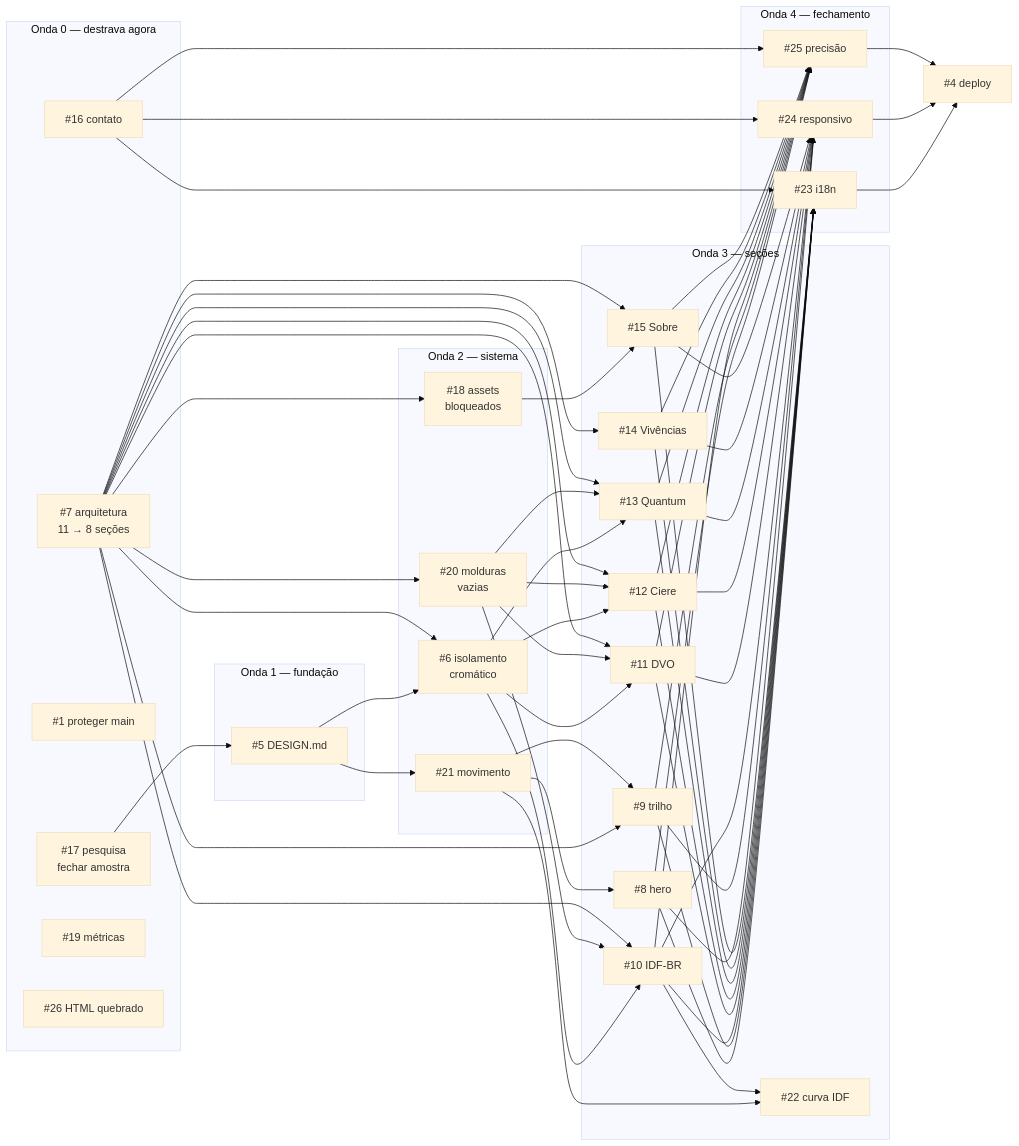
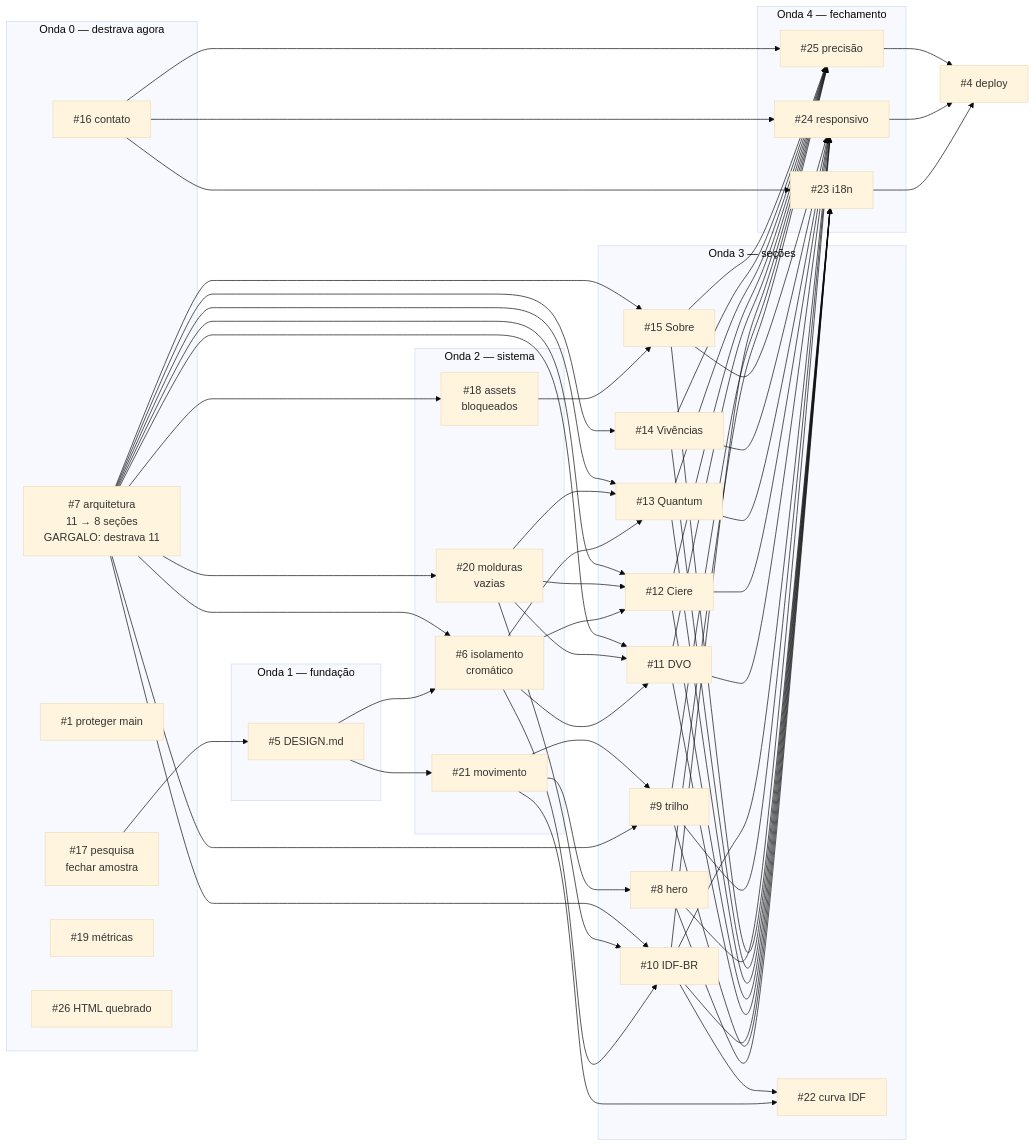
Before and after one commit to AugustoMenchaca/AugustoMenchaca.github.io: the diagram in ROADMAP.md, drawn with Mermaid (base theme). The commit also changed other lines of this file, not shown here.

First line of the commit message:
docs(roadmap): apontar para o painel automatico e marcar o gargalo

````diff
--- a/ROADMAP.md
+++ b/ROADMAP.md
@@ -24,62 +27,62 @@
 ```mermaid
 graph LR
   subgraph O0["Onda 0 — destrava agora"]
-    I7["#7 arquitetura<br/>11 → 8 seções"]
+    I7["#7 arquitetura<br/>11 → 8 seções<br/>GARGALO: destrava 11"]
     I17["#17 pesquisa<br/>fechar amostra"]
     I1["#1 proteger main"]
     I16["#16 contato"]
     I19["#19 métricas"]
     I26["#26 HTML quebrado"]
   end
 
   subgraph O1["Onda 1 — fundação"]
     I5["#5 DESIGN.md"]
   end
 
   subgraph O2["Onda 2 — sistema"]
     I6["#6 isolamento<br/>cromático"]
     I21["#21 movimento"]
     I20["#20 molduras<br/>vazias"]
     I18["#18 assets<br/>bloqueados"]
   end
 
   subgraph O3["Onda 3 — seções"]
     I8["#8 hero"]
     I9["#9 trilho"]
     I10["#10 IDF-BR"]
     I11["#11 DVO"]
     I12["#12 Ciere"]
     I13["#13 Quantum"]
     I14["#14 Vivências"]
     I15["#15 Sobre"]
     I22["#22 curva IDF"]
   end
 
   subgraph O4["Onda 4 — fechamento"]
     I23["#23 i18n"]
     I24["#24 responsivo"]
     I25["#25 precisão"]
   end
 
   I4["#4 deploy"]
 
   I17 --> I5
   I5 --> I6
   I5 --> I21
   I7 --> I6
   I7 --> I20
   I7 --> I18
   I7 --> I9
   I7 --> I14
   I21 --> I8
   I21 --> I9
   I6 --> I10 & I11 & I12 & I13
   I20 --> I10 & I11 & I12 & I13
   I7 --> I10 & I11 & I12 & I13
   I18 --> I15
   I7 --> I15
   I21 --> I22
   I10 --> I22
   I8 & I9 & I10 & I11 & I12 & I13 & I14 & I15 & I16 --> I23 & I24 & I25
   I23 & I24 & I25 --> I4
 ```
````
